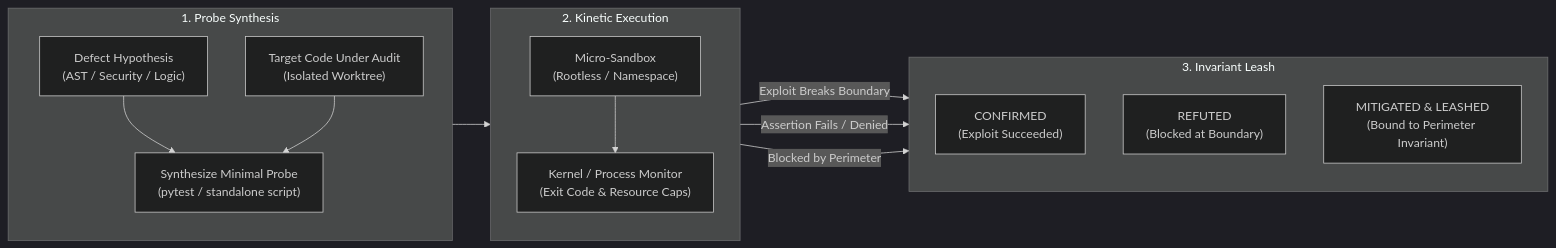
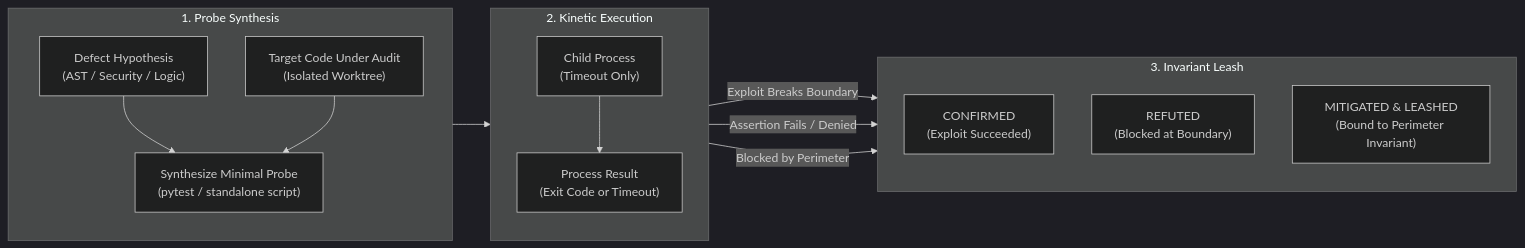
Before and after one commit to dan-petty/vibes: the second of 2 diagrams in observations/systems/30-kinetic-falsification-and-the-ephemeral-exploit-harness.md, drawn with Mermaid (dark theme). The commit also changed other lines of this file and 248 other files, not shown here.

````diff
--- a/observations/systems/30-kinetic-falsification-and-the-ephemeral-exploit-harness.md
+++ b/observations/systems/30-kinetic-falsification-and-the-ephemeral-exploit-harness.md
@@ -94,30 +94,30 @@
 ```mermaid
 flowchart LR
     subgraph ProbeGeneration ["1. Probe Synthesis"]
         direction TB
         Hypothesis["Defect Hypothesis<br/>(AST / Security / Logic)"]
         TargetCode["Target Code Under Audit<br/>(Isolated Worktree)"]
         SynthesizeProbe["Synthesize Minimal Probe<br/>(pytest / standalone script)"]
         Hypothesis --> SynthesizeProbe
         TargetCode --> SynthesizeProbe
     end
 
     subgraph SandboxedExecution ["2. Kinetic Execution"]
         direction TB
-        MicroSandbox["Micro-Sandbox<br/>(Rootless / Namespace)"]
-        SyscallWatch["Kernel / Process Monitor<br/>(Exit Code & Resource Caps)"]
+        MicroSandbox["Child Process<br/>(Timeout Only)"]
+        SyscallWatch["Process Result<br/>(Exit Code or Timeout)"]
         MicroSandbox --> SyscallWatch
     end
 
     subgraph VerdictEngine ["3. Invariant Leash"]
         direction TB
         ActiveExploit["CONFIRMED<br/>(Exploit Succeeded)"]
         DisprovenClaim["REFUTED<br/>(Blocked at Boundary)"]
         InvariantLeash["MITIGATED & LEASHED<br/>(Bound to Perimeter Invariant)"]
     end
 
     ProbeGeneration --> SandboxedExecution
     SandboxedExecution -->|"Exploit Breaks Boundary"| ActiveExploit
     SandboxedExecution -->|"Assertion Fails / Denied"| DisprovenClaim
     SandboxedExecution -->|"Blocked by Perimeter"| InvariantLeash
 ```
````
